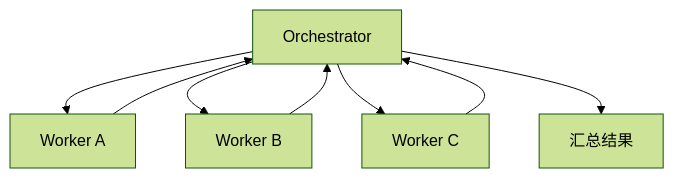
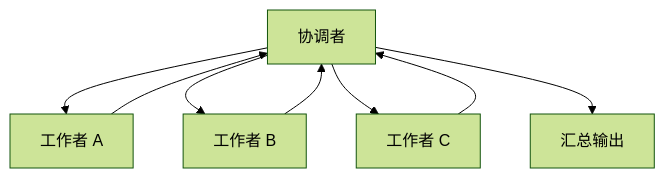
Before and after one commit to wolf-wolf/ai-tell-ai: the first of 3 diagrams in docs/agent/core/multi-agent.md, drawn with Mermaid (forest theme). The commit also changed other lines of this file and 97 other files, not shown here.

````diff
--- a/docs/agent/core/multi-agent.md
+++ b/docs/agent/core/multi-agent.md
@@ -38,10 +72,10 @@
 ```mermaid
 flowchart TD
-  O[Orchestrator] --> W1[Worker A]
-  O --> W2[Worker B]
-  O --> W3[Worker C]
+  O[协调者] --> W1[工作者 A]
+  O --> W2[工作者 B]
+  O --> W3[工作者 C]
   W1 --> O
   W2 --> O
   W3 --> O
-  O --> R[汇总结果]
+  O --> R[汇总输出]
 ```
````
